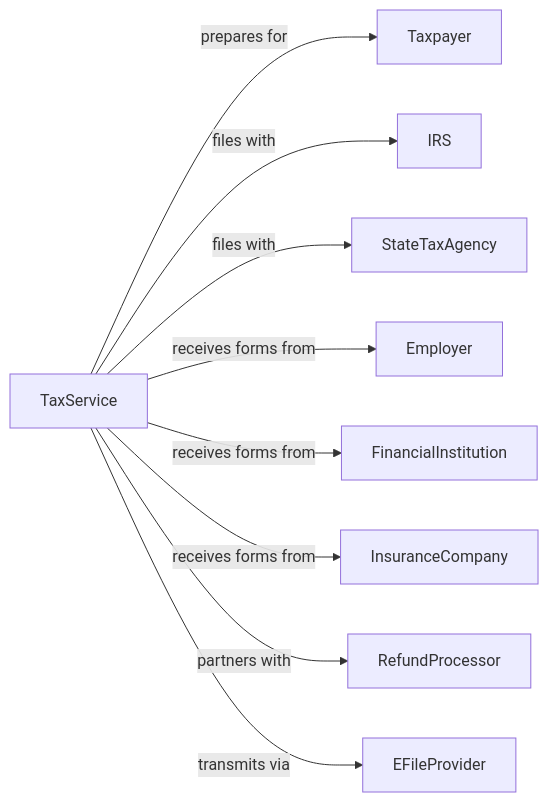
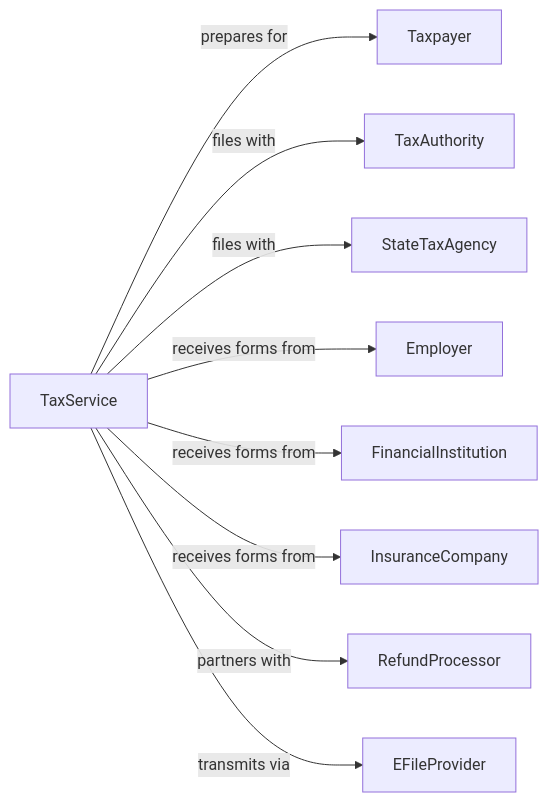
The second of 2 diagrams in Professional/Professional/AccountingTaxPreparationBookkeepingAndPayrollServices/TaxPreparationServices.mdx (dot-org-ai/industries.org.ai), drawn with Mermaid before and after one commit. The commit also changed other lines of this file and 639 other files, not shown here.

````diff
--- a/Professional/Professional/AccountingTaxPreparationBookkeepingAndPayrollServices/TaxPreparationServices.mdx
+++ b/Professional/Professional/AccountingTaxPreparationBookkeepingAndPayrollServices/TaxPreparationServices.mdx
@@ -128,13 +128,13 @@
 ```mermaid
 graph LR
     T[TaxService]
 
     T -->|prepares for| Taxpayer
-    T -->|files with| IRS
+    T -->|files with| TaxAuthority
     T -->|files with| StateTaxAgency
     T -->|receives forms from| Employer
     T -->|receives forms from| FinancialInstitution
     T -->|receives forms from| InsuranceCompany
     T -->|partners with| RefundProcessor
     T -->|transmits via| EFileProvider
 ```
````
